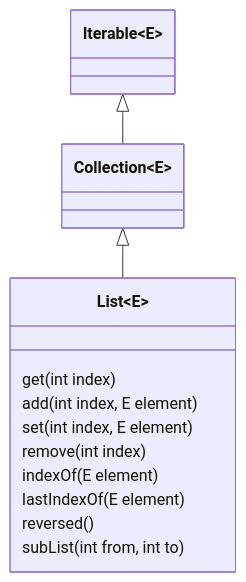
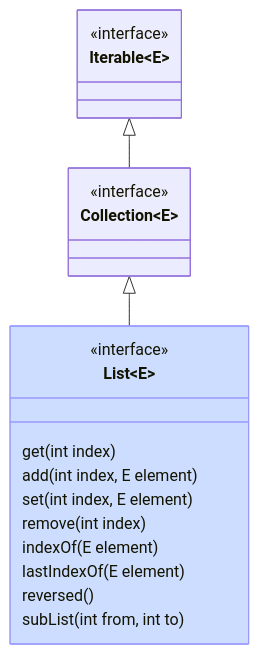
Before and after one commit to KULeuven-Diepenbeek/ses-course: the fourth of 12 diagrams in content/advjava/collections.md, drawn with Mermaid. The commit also changed other lines of this file, not shown here.

````diff
--- a/content/advjava/collections.md
+++ b/content/advjava/collections.md
@@ -303,17 +317,19 @@
 ```mermaid
 classDiagram
   Iterable <|-- Collection
   Collection <|-- List
-  class Iterable["Iterable#lt;E>"]
-  class Collection["Collection#lt;E>"]
+  class Iterable["Iterable#lt;E>"] { <<interface>> }
+  class Collection["Collection#lt;E>"] { <<interface>> }
   class List["List#lt;E>"] {
+    <<interface>>
     get(int index)
     add(int index, E element)
     set(int index, E element)
     remove(int index)
     indexOf(E element)
     lastIndexOf(E element)
     reversed()
     subList(int from, int to)
   }
+  style List fill:#cdf,stroke:#99f
 ```
````
